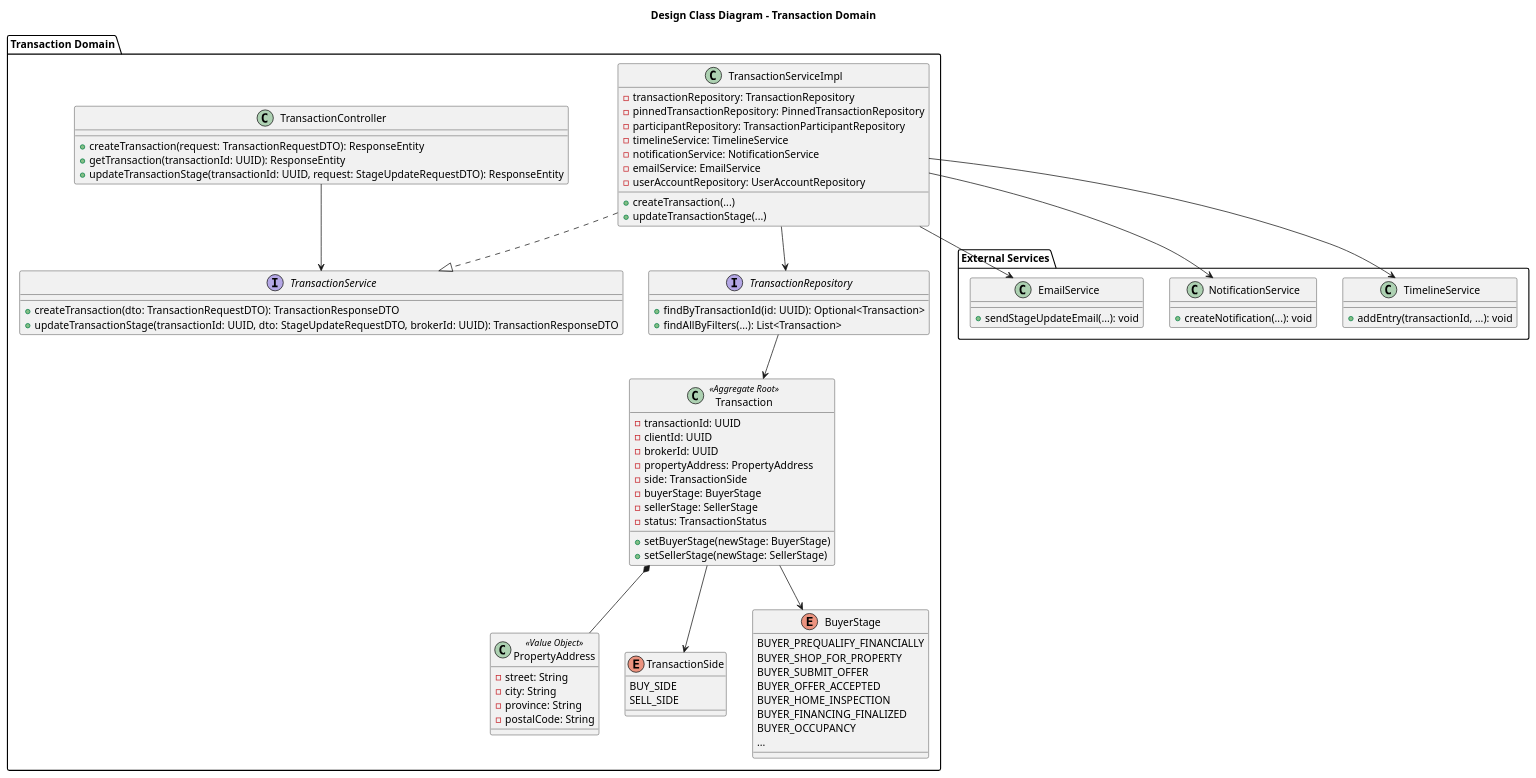
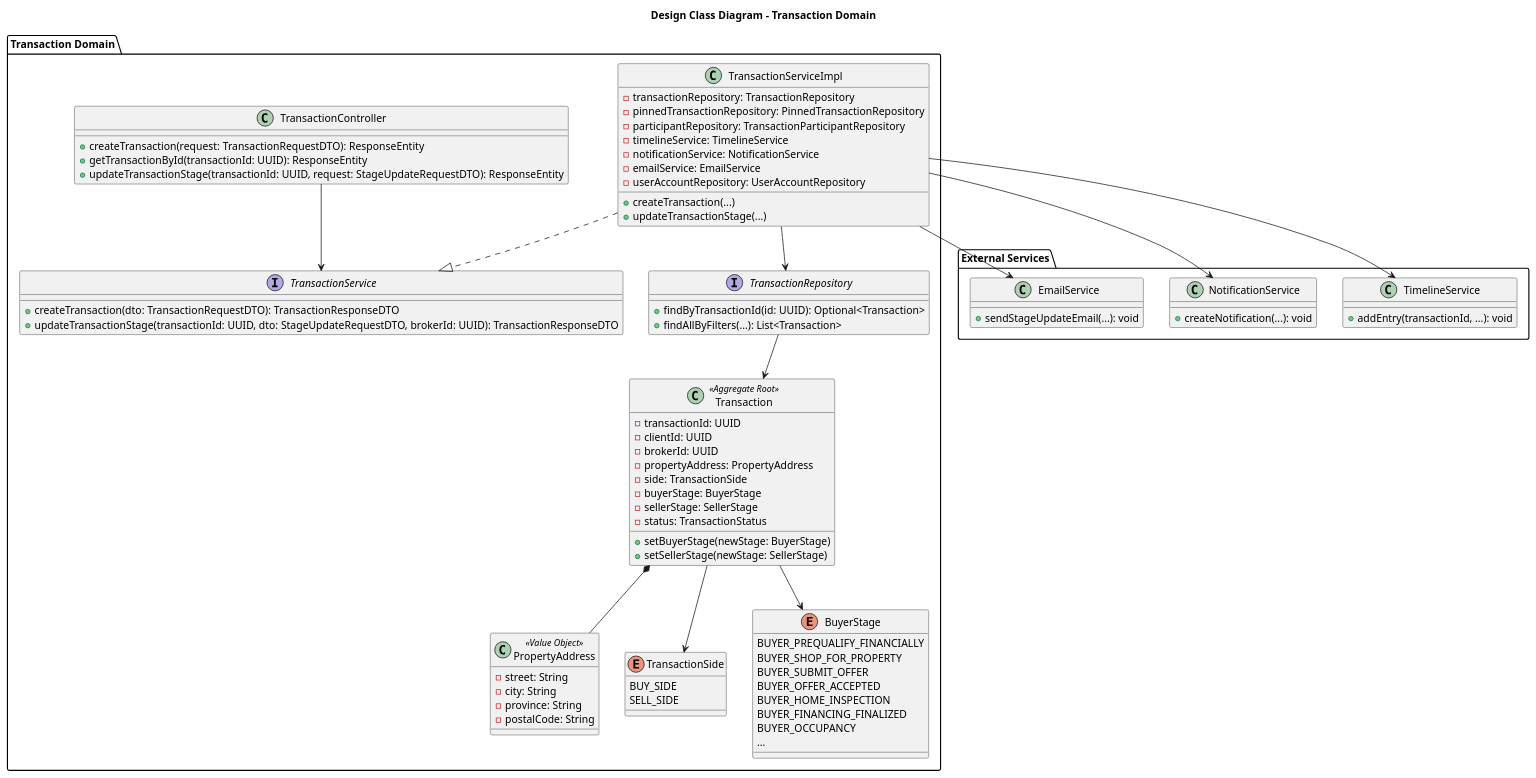
The diagram in docs/PersonalUseCase/Amir/DLCD_TransactionDomain.puml (CourtierPro/CourtierPro), drawn with PlantUML before and after one commit. The commit also changed 7 other files, not shown here.

Commit message:
Update C4 and DDD diagrams and verify personal use cases

```diff
--- a/docs/PersonalUseCase/Amir/DLCD_TransactionDomain.puml
+++ b/docs/PersonalUseCase/Amir/DLCD_TransactionDomain.puml
@@ -1,94 +1,94 @@
 @startuml
 title Design Class Diagram - Transaction Domain
 
 package "Transaction Domain" {
     
     class TransactionController {
         + createTransaction(request: TransactionRequestDTO): ResponseEntity
-        + getTransaction(transactionId: UUID): ResponseEntity
+        + getTransactionById(transactionId: UUID): ResponseEntity
         + updateTransactionStage(transactionId: UUID, request: StageUpdateRequestDTO): ResponseEntity
     }
 
     interface TransactionService {
         + createTransaction(dto: TransactionRequestDTO): TransactionResponseDTO
         + updateTransactionStage(transactionId: UUID, dto: StageUpdateRequestDTO, brokerId: UUID): TransactionResponseDTO
     }
 
     class TransactionServiceImpl {
         - transactionRepository: TransactionRepository
         - pinnedTransactionRepository: PinnedTransactionRepository
         - participantRepository: TransactionParticipantRepository
         - timelineService: TimelineService
         - notificationService: NotificationService
         - emailService: EmailService
         - userAccountRepository: UserAccountRepository
         + createTransaction(...)
         + updateTransactionStage(...)
     }
 
     interface TransactionRepository {
         + findByTransactionId(id: UUID): Optional<Transaction>
         + findAllByFilters(...): List<Transaction>
     }
 
     class Transaction <<Aggregate Root>> {
         - transactionId: UUID
         - clientId: UUID
         - brokerId: UUID
         - propertyAddress: PropertyAddress
         - side: TransactionSide
         - buyerStage: BuyerStage
         - sellerStage: SellerStage
         - status: TransactionStatus
         + setBuyerStage(newStage: BuyerStage)
         + setSellerStage(newStage: SellerStage)
     }
 
     class PropertyAddress <<Value Object>> {
         - street: String
         - city: String
         - province: String
         - postalCode: String
     }
 
     enum TransactionSide {
         BUY_SIDE
         SELL_SIDE
     }
 
     enum BuyerStage {
         BUYER_PREQUALIFY_FINANCIALLY
         BUYER_SHOP_FOR_PROPERTY
         BUYER_SUBMIT_OFFER
         BUYER_OFFER_ACCEPTED
         BUYER_HOME_INSPECTION
         BUYER_FINANCING_FINALIZED
         BUYER_OCCUPANCY
         ...
     }
 }
 
 package "External Services" {
     class TimelineService {
         + addEntry(transactionId, ...): void
     }
     class NotificationService {
         + createNotification(...): void
     }
     class EmailService {
         + sendStageUpdateEmail(...): void
     }
 }
 
 TransactionController --> TransactionService
 TransactionServiceImpl ..|> TransactionService
 TransactionServiceImpl --> TransactionRepository
 TransactionServiceImpl --> TimelineService
 TransactionServiceImpl --> NotificationService
 TransactionServiceImpl --> EmailService
 TransactionRepository --> Transaction
 Transaction *-- PropertyAddress
 Transaction --> TransactionSide
 Transaction --> BuyerStage
 
 @enduml
```
